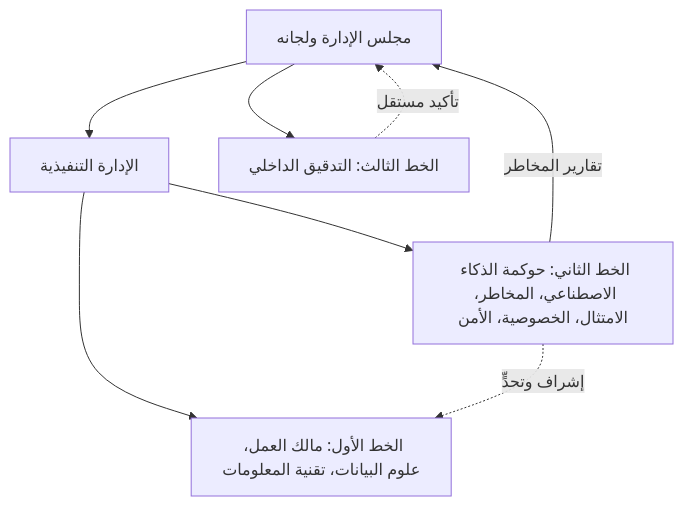
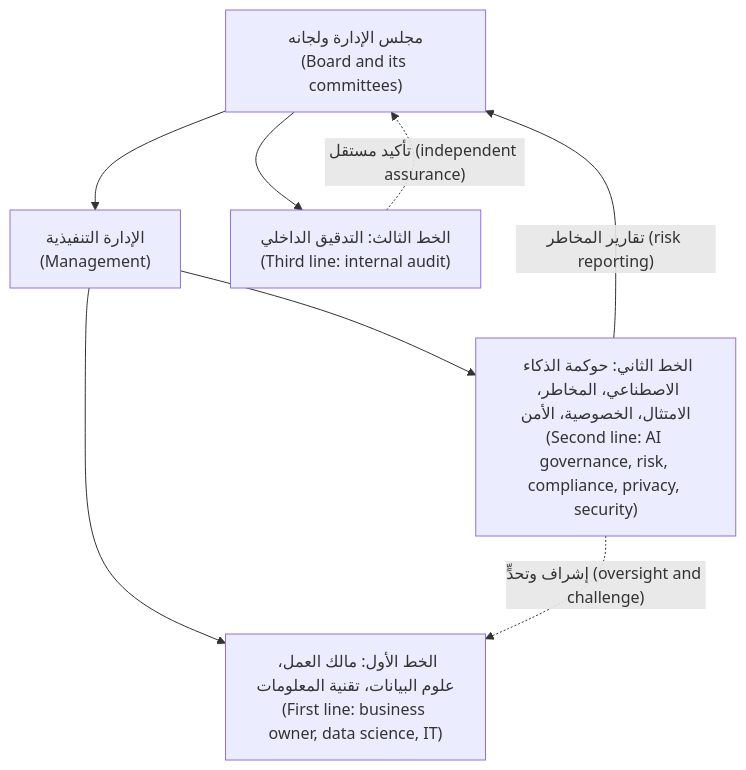
Before and after one commit to Tamoura/system-design-for-vibe-coders: the second of 2 diagrams in aigp/modules/02-organisation.ar.md, drawn with Mermaid. The commit also changed other lines of this file and 62 other files, not shown here.

First line of the commit message:
Arabic editions: English on every diagram label, RTL fixes, rebuild

````diff
--- a/aigp/modules/02-organisation.ar.md
+++ b/aigp/modules/02-organisation.ar.md
@@ -298,10 +298,10 @@
 ```mermaid
 flowchart TD
-    B[مجلس الإدارة ولجانه] --> M[الإدارة التنفيذية]
-    M --> L1[الخط الأول: مالك العمل، علوم البيانات، تقنية المعلومات]
-    M --> L2[الخط الثاني: حوكمة الذكاء الاصطناعي، المخاطر، الامتثال، الخصوصية، الأمن]
-    B --> L3[الخط الثالث: التدقيق الداخلي]
-    L3 -.->|تأكيد مستقل| B
-    L2 -.->|إشراف وتحدٍّ| L1
-    L2 -->|تقارير المخاطر| B
+    B["مجلس الإدارة ولجانه<br/>(Board and its committees)"] --> M["الإدارة التنفيذية<br/>(Management)"]
+    M --> L1["الخط الأول: مالك العمل، علوم البيانات، تقنية المعلومات<br/>(First line: business owner, data science, IT)"]
+    M --> L2["الخط الثاني: حوكمة الذكاء الاصطناعي، المخاطر، الامتثال، الخصوصية، الأمن<br/>(Second line: AI governance, risk, compliance, privacy, security)"]
+    B --> L3["الخط الثالث: التدقيق الداخلي<br/>(Third line: internal audit)"]
+    L3 -.->|"تأكيد مستقل (independent assurance)"| B
+    L2 -.->|"إشراف وتحدٍّ (oversight and challenge)"| L1
+    L2 -->|"تقارير المخاطر (risk reporting)"| B
 ```
````
